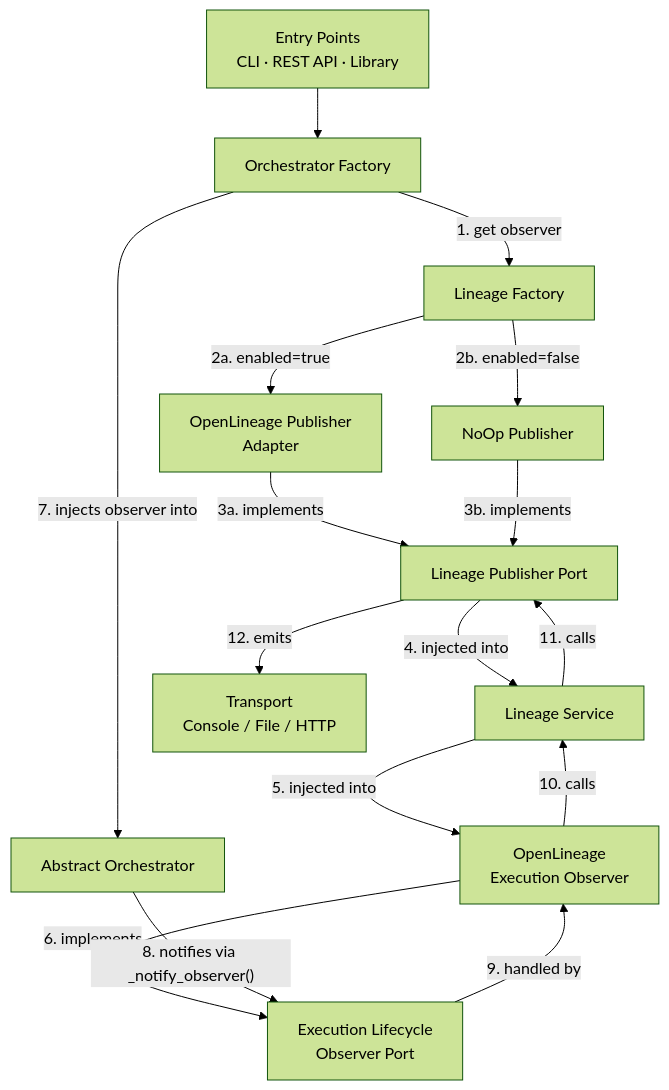
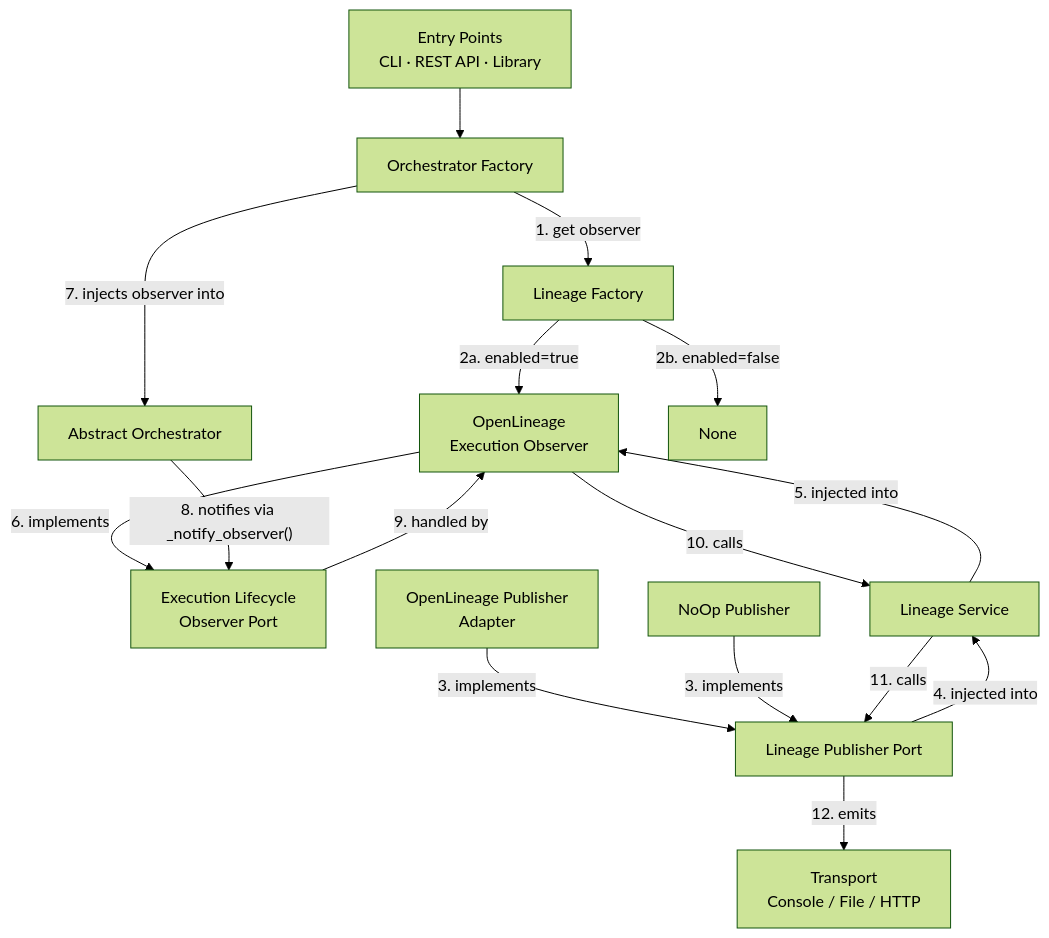
Before and after one commit to IBM/docling-pipelines: the first of 3 diagrams in docs/integrations/openlineage/OPENLINEAGE_GUIDE.md, drawn with Mermaid (forest theme). The commit also changed other lines of this file, not shown here.

````diff
--- a/docs/integrations/openlineage/OPENLINEAGE_GUIDE.md
+++ b/docs/integrations/openlineage/OPENLINEAGE_GUIDE.md
@@ -34,30 +34,30 @@
 ```mermaid
 graph TD
     EP["Entry Points\nCLI · REST API · Library"]
     OF["Orchestrator Factory"]
     AO["Abstract Orchestrator"]
     LF["Lineage Factory"]
     OEO["OpenLineage\nExecution Observer"]
     ELOP["Execution Lifecycle\nObserver Port"]
     LS["Lineage Service"]
     OLPA["OpenLineage Publisher\nAdapter"]
     NOP["NoOp Publisher"]
     LPP["Lineage Publisher Port"]
     TR["Transport\nConsole / File / HTTP"]
 
     EP --> OF
     OF -->|"1. get observer"| LF
-    LF -->|"2a. enabled=true"| OLPA
-    LF -->|"2b. enabled=false"| NOP
-    OLPA -->|"3a. implements"| LPP
-    NOP -->|"3b. implements"| LPP
+    LF -->|"2a. enabled=true"| OEO
+    LF -->|"2b. enabled=false"| None
+    OLPA -->|"3. implements"| LPP
+    NOP -->|"3. implements"| LPP
     LPP -->|"4. injected into"| LS
     LS -->|"5. injected into"| OEO
     OEO -->|"6. implements"| ELOP
     OF -->|"7. injects observer into"| AO
     AO -->|"8. notifies via _notify_observer()"| ELOP
     ELOP -->|"9. handled by"| OEO
     OEO -->|"10. calls"| LS
     LS -->|"11. calls"| LPP
     LPP -->|"12. emits"| TR
 ```
````
